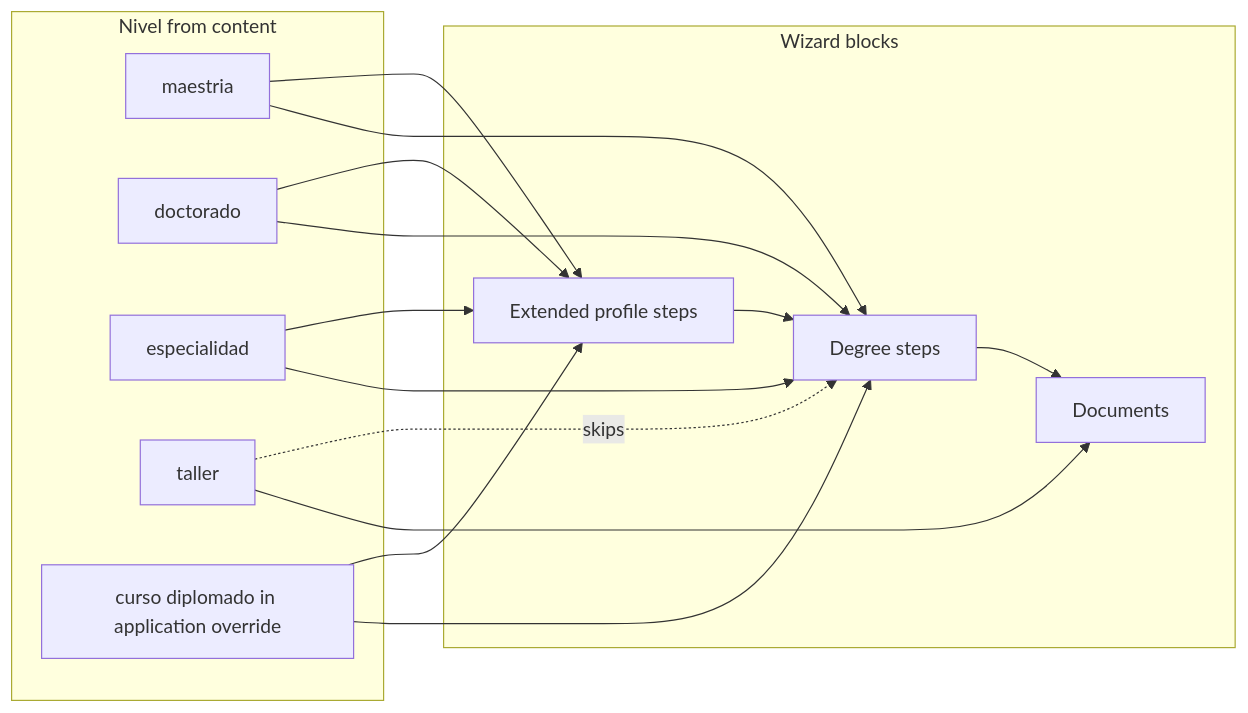
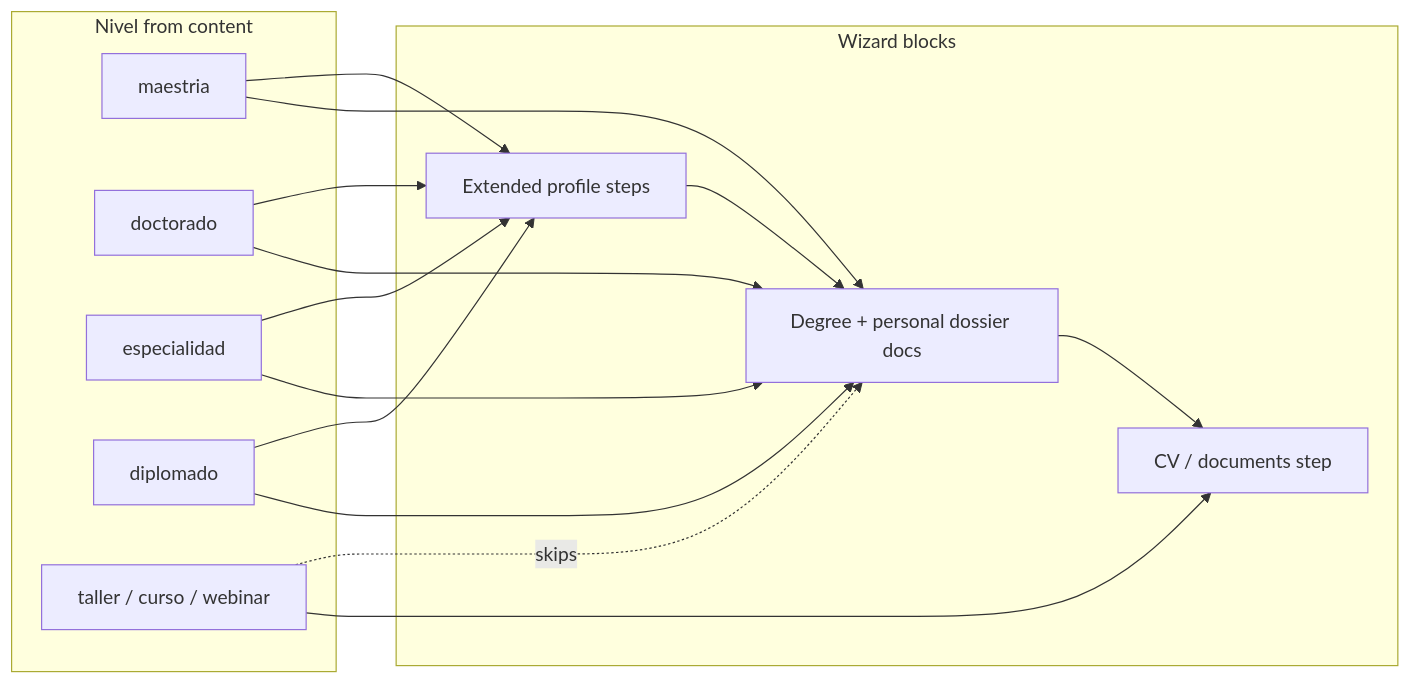
The ninth of 11 diagrams in docs/enrollment/flows-and-entrypoints.md (Ceprija/website), drawn with Mermaid before and after one commit. The commit also changed other lines of this file and 5 other files, not shown here.

````diff
--- a/docs/enrollment/flows-and-entrypoints.md
+++ b/docs/enrollment/flows-and-entrypoints.md
@@ -273,27 +291,27 @@
 ```mermaid
 flowchart LR
   subgraph niveles [Nivel from content]
     M[maestria]
     D[doctorado]
     E[especialidad]
-    T[taller]
-    O[curso diplomado in application override]
+    Dip[diplomado]
+    T[taller / curso / webinar]
   end
   subgraph blocks [Wizard blocks]
     Ext[Extended profile steps]
-    Deg[Degree steps]
-    Docs[Documents]
+    Deg[Degree + personal dossier docs]
+    Docs[CV / documents step]
   end
   M --> Ext
   D --> Ext
   E --> Ext
-  O --> Ext
+  Dip --> Ext
   T -.->|skips| Deg
   M --> Deg
   D --> Deg
   E --> Deg
-  O --> Deg
+  Dip --> Deg
   Ext --> Deg
   Deg --> Docs
   T --> Docs
 ```
````
